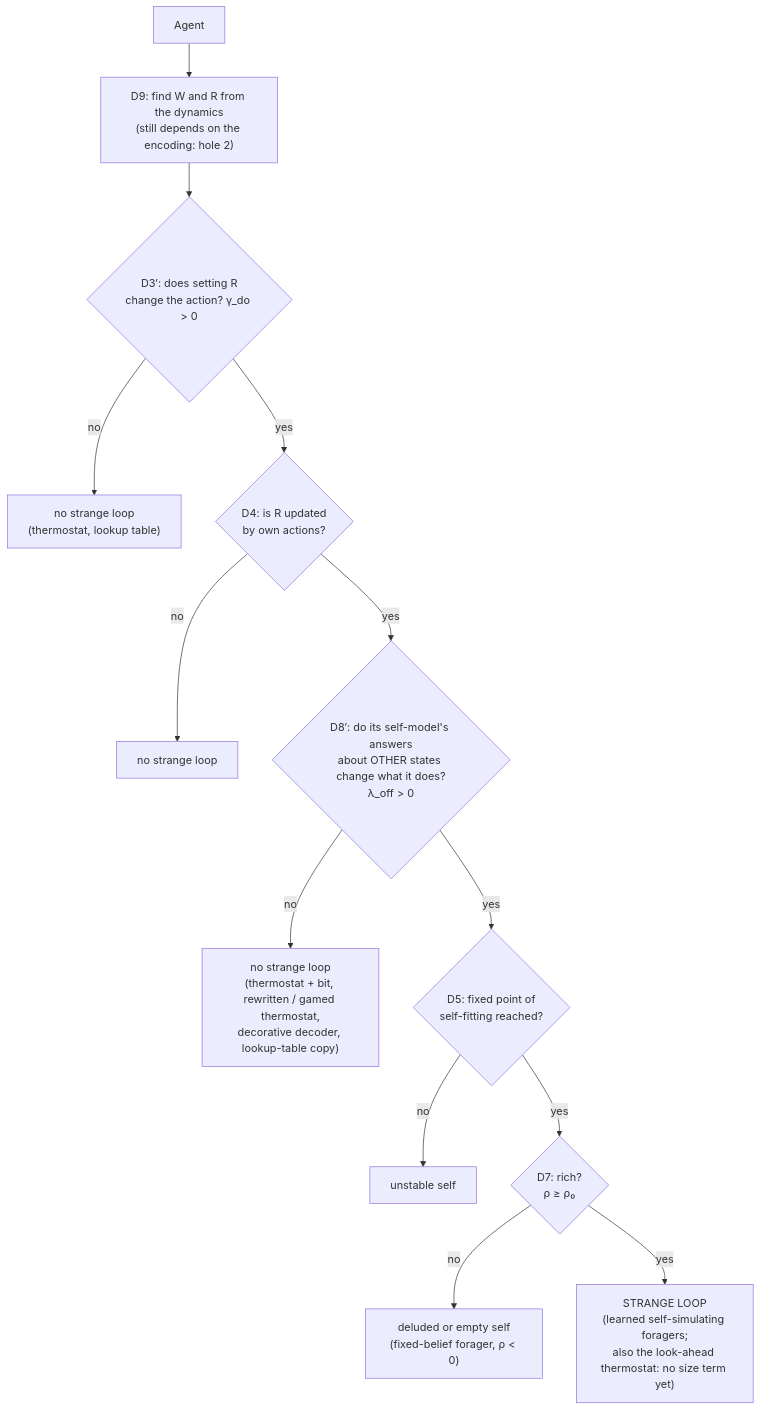
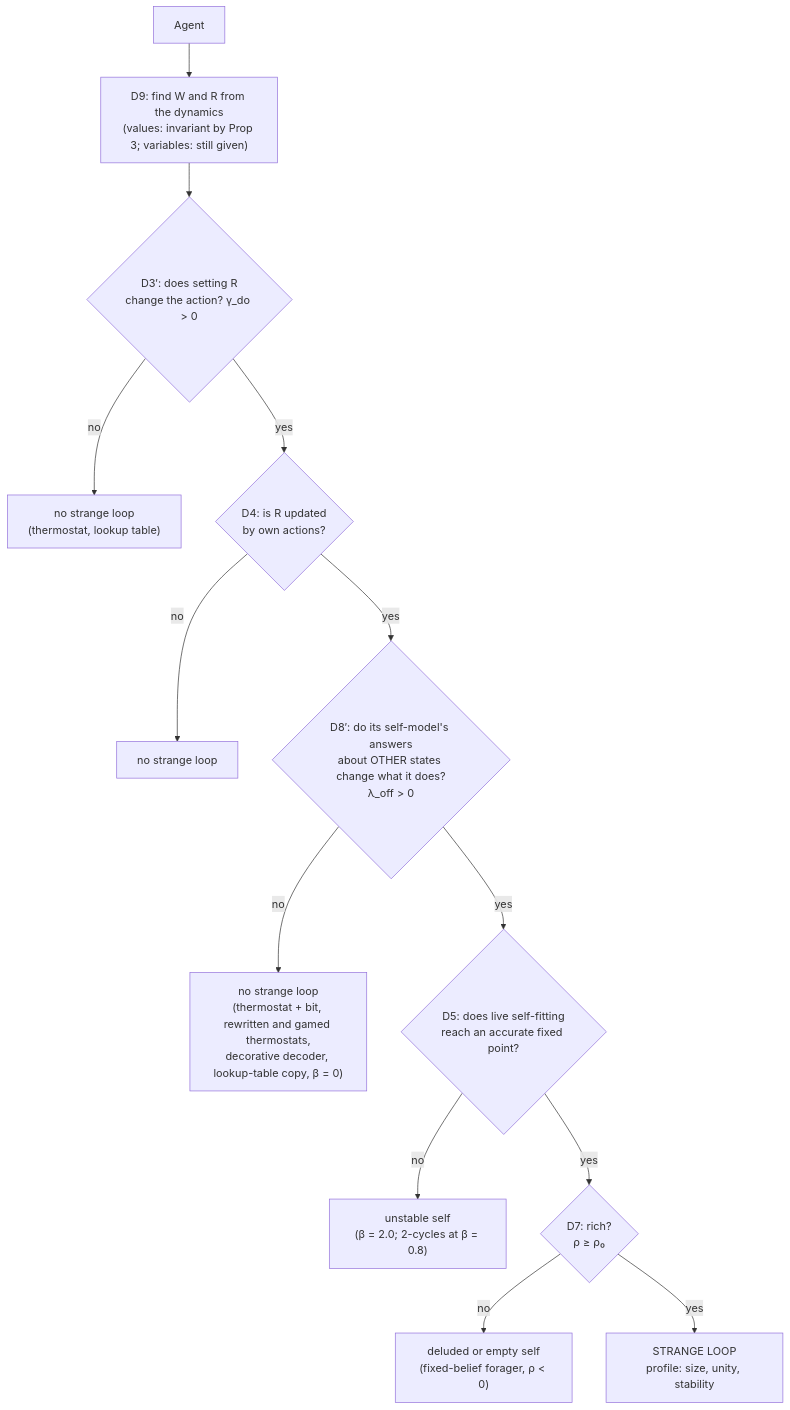
One commit to thomasms/strangeloop changed the seventh of 7 diagrams in REPORT.md. Above: the diagram before and after it, drawn with Mermaid. The commit also changed other lines of this file and 4 other files, not shown here.

````diff
--- a/REPORT.md
+++ b/REPORT.md
@@ -831,15 +971,15 @@
 ```mermaid
 flowchart TD
-    A["Agent"] --> D9["D9: find W and R from the dynamics<br/>(still depends on the encoding: hole 2)"]
+    A["Agent"] --> D9["D9: find W and R from the dynamics<br/>(values: invariant by Prop 3; variables: still given)"]
     D9 --> G{"D3′: does setting R<br/>change the action? γ_do > 0"}
     G -- no --> X1["no strange loop<br/>(thermostat, lookup table)"]
     G -- yes --> L{"D4: is R updated<br/>by own actions?"}
     L -- no --> X2["no strange loop"]
     L -- yes --> RD{"D8′: do its self-model's answers<br/>about OTHER states change what it does?<br/>λ_off > 0"}
-    RD -- no --> X3["no strange loop<br/>(thermostat + bit, rewritten / gamed thermostat,<br/>decorative decoder, lookup-table copy)"]
-    RD -- yes --> FP{"D5: fixed point of<br/>self-fitting reached?"}
-    FP -- no --> X4["unstable self"]
+    RD -- no --> X3["no strange loop<br/>(thermostat + bit, rewritten and gamed thermostats,<br/>decorative decoder, lookup-table copy, β = 0)"]
+    RD -- yes --> FP{"D5: does live self-fitting<br/>reach an accurate fixed point?"}
+    FP -- no --> X4["unstable self<br/>(β = 2.0; 2-cycles at β = 0.8)"]
     FP -- yes --> RI{"D7: rich?<br/>ρ ≥ ρ₀"}
     RI -- no --> X5["deluded or empty self<br/>(fixed-belief forager, ρ < 0)"]
-    RI -- yes --> OK["STRANGE LOOP<br/>(learned self-simulating foragers;<br/>also the look-ahead thermostat: no size term yet)"]
+    RI -- yes --> OK["STRANGE LOOP<br/>profile: size, unity, stability"]
 ```
````
